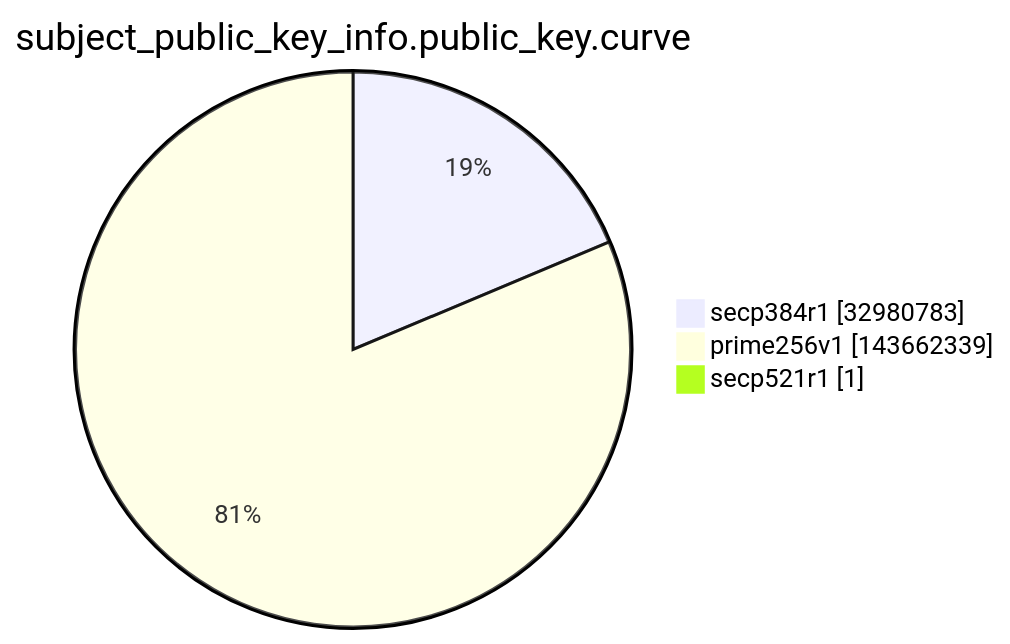
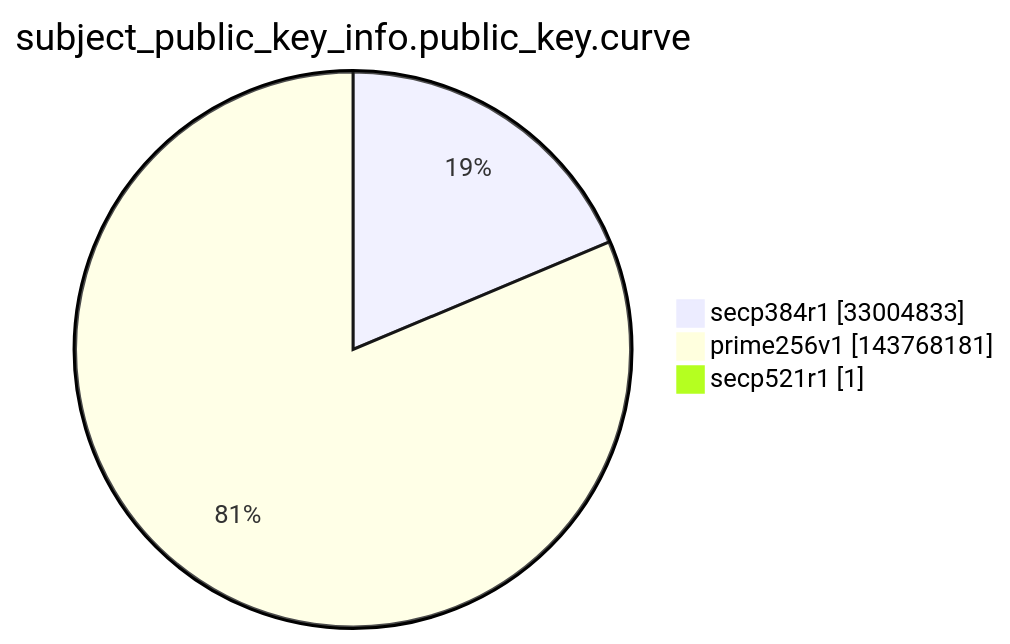
One commit to christiankrug/ctmonitor_visualization changed the ninth of 15 diagrams in argon2022/README.md. Above: the diagram before and after it, drawn with Mermaid. The commit also changed other lines of this file, not shown here.

````diff
--- a/argon2022/README.md
+++ b/argon2022/README.md
@@ -2764,7 +2764,7 @@
 ```mermaid
 pie showData
 title subject_public_key_info.public_key.curve
-"secp384r1" :32980783
-"prime256v1" :143662339
+"secp384r1" :33004833
+"prime256v1" :143768181
 "secp521r1" :1
 ```
````
